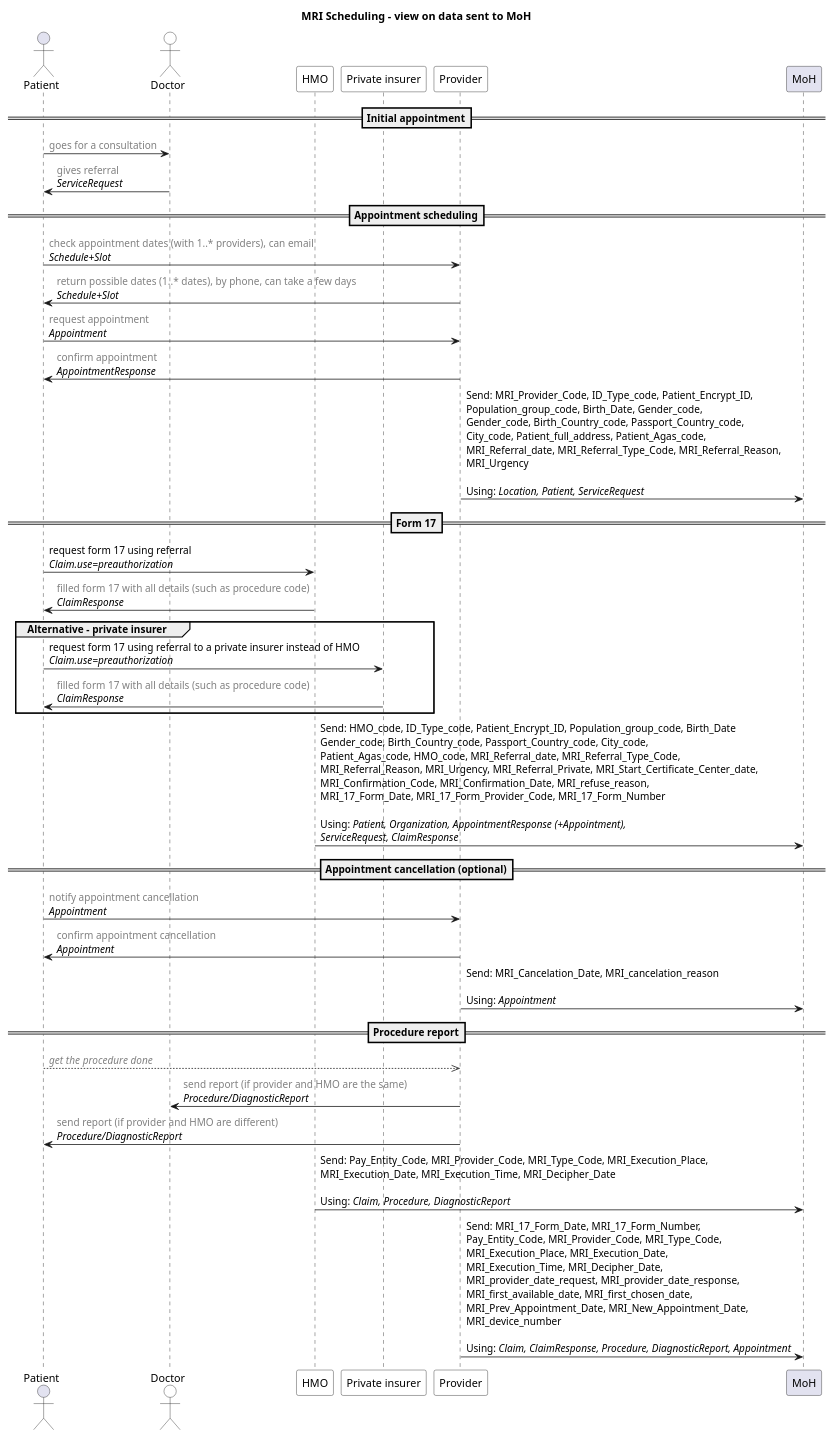
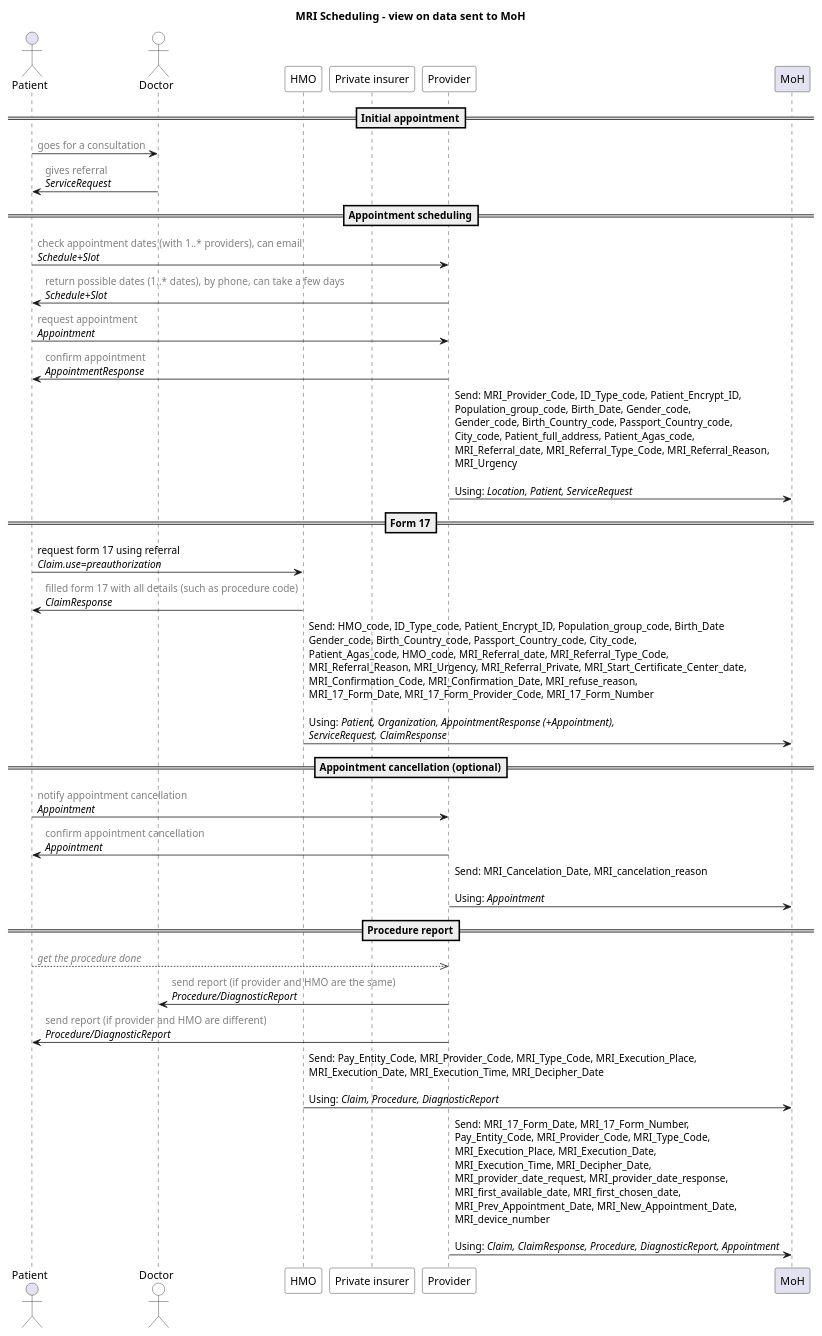
The diagram in input/images-source/workflow-with-moh.plantuml (vadi2/MRI-Scheduling), drawn with PlantUML before and after one commit. The commit also changed 3 other files, not shown here.

Commit message:
Remove private insurer from workflows

```diff
--- a/input/images-source/workflow-with-moh.plantuml
+++ b/input/images-source/workflow-with-moh.plantuml
@@ -1,51 +1,47 @@
 @startuml
+'editable with https://planttext.com
 'see documentation at https://plantuml.com/sequence-diagram
 
 title "MRI Scheduling - view on data sent to MoH"
 
 actor Patient
 actor Doctor #white
 participant HMO #white 
 participant "Private insurer" #white
 participant Provider #white
 participant MoH
 
 == Initial appointment==
 Patient -> Doctor: <color #grey>goes for a consultation
 Doctor -> Patient: <color #grey>gives referral\n//ServiceRequest//
 
 == Appointment scheduling==
 Patient -> Provider: <color #grey>check appointment dates (with 1..* providers), can email\n//Schedule+Slot//
 Provider -> Patient: <color #grey>return possible dates (1..* dates), by phone, can take a few days\n//Schedule+Slot//
 Patient -> Provider: <color #grey>request appointment\n//Appointment//
 Provider -> Patient: <color #grey>confirm appointment\n//AppointmentResponse//
 
 Provider -> MoH: Send: MRI_Provider_Code, ID_Type_code, Patient_Encrypt_ID, \nPopulation_group_code, Birth_Date, Gender_code, \nGender_code, Birth_Country_code, Passport_Country_code, \nCity_code, Patient_full_address, Patient_Agas_code, \nMRI_Referral_date, MRI_Referral_Type_Code, MRI_Referral_Reason, \nMRI_Urgency\n\nUsing: //Location, Patient, ServiceRequest//
 
 == Form 17==
 Patient -> HMO: request form 17 using referral\n//Claim.use=preauthorization//
 HMO -> Patient: <color #grey>filled form 17 with all details (such as procedure code)\n//ClaimResponse//
 
-Group Alternative - private insurer
-  Patient -> "Private insurer": request form 17 using referral to a private insurer instead of HMO\n//Claim.use=preauthorization//
-  "Private insurer" -> Patient: <color #grey>filled form 17 with all details (such as procedure code)\n//ClaimResponse//
-end
-
 HMO -> MoH: Send: HMO_code, ID_Type_code, Patient_Encrypt_ID, Population_group_code, Birth_Date \nGender_code, Birth_Country_code, Passport_Country_code, City_code, \nPatient_Agas_code, HMO_code, MRI_Referral_date, MRI_Referral_Type_Code, \nMRI_Referral_Reason, MRI_Urgency, MRI_Referral_Private, MRI_Start_Certificate_Center_date,  \nMRI_Confirmation_Code, MRI_Confirmation_Date, MRI_refuse_reason, \nMRI_17_Form_Date, MRI_17_Form_Provider_Code, MRI_17_Form_Number \n\nUsing: //Patient, Organization, AppointmentResponse (+Appointment), //\n//ServiceRequest, ClaimResponse//
 
 == Appointment cancellation (optional)==
 Patient -> Provider: <color #grey>notify appointment cancellation\n//Appointment//
 Provider -> Patient: <color #grey>confirm appointment cancellation\n//Appointment//
 
 Provider -> MoH: Send: MRI_Cancelation_Date, MRI_cancelation_reason \n\nUsing: //Appointment//
 
 == Procedure report==
 Patient -->> Provider: <color #grey>//get the procedure done//
 Provider -> Doctor: <color #grey>send report (if provider and HMO are the same)\n//Procedure/DiagnosticReport//
 Provider -> Patient: <color #grey>send report (if provider and HMO are different)\n//Procedure/DiagnosticReport//
 
 HMO -> MoH: Send: Pay_Entity_Code, MRI_Provider_Code, MRI_Type_Code, MRI_Execution_Place, \nMRI_Execution_Date, MRI_Execution_Time, MRI_Decipher_Date \n\nUsing: //Claim, Procedure, DiagnosticReport//
 
 Provider -> MoH: Send: MRI_17_Form_Date, MRI_17_Form_Number, \nPay_Entity_Code, MRI_Provider_Code, MRI_Type_Code, \nMRI_Execution_Place, MRI_Execution_Date, \nMRI_Execution_Time, MRI_Decipher_Date, \nMRI_provider_date_request, MRI_provider_date_response, \nMRI_first_available_date, MRI_first_chosen_date, \nMRI_Prev_Appointment_Date, MRI_New_Appointment_Date, \nMRI_device_number  \n\nUsing: //Claim, ClaimResponse, Procedure, DiagnosticReport, Appointment//
 
 @enduml
```
